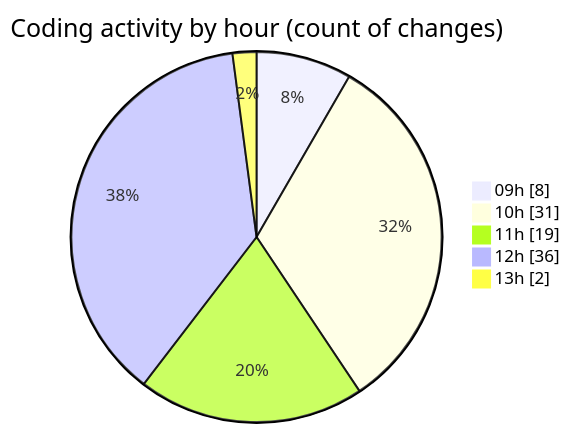
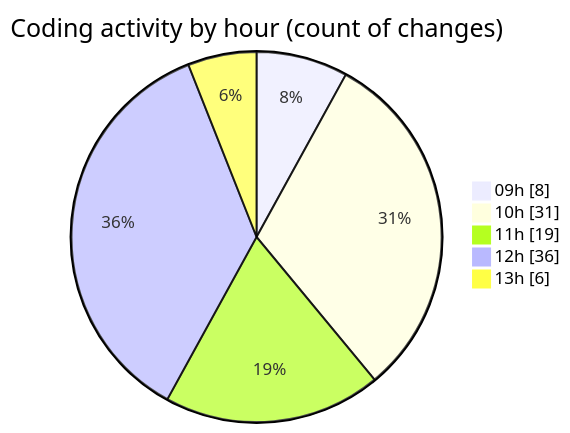
Before and after one commit to momahboobian/code-tracking: the second of 2 diagrams in 2025-06-12/cda/README.md, drawn with Mermaid. The commit also changed other lines of this file and 1 other file, not shown here.

````diff
--- a/2025-06-12/cda/README.md
+++ b/2025-06-12/cda/README.md
@@ -31,9 +31,9 @@
 ```mermaid
 pie showData
 title Coding activity by hour (count of changes)
 "09h" : 8
 "10h" : 31
 "11h" : 19
 "12h" : 36
-"13h" : 2
+"13h" : 6
 ```
````
